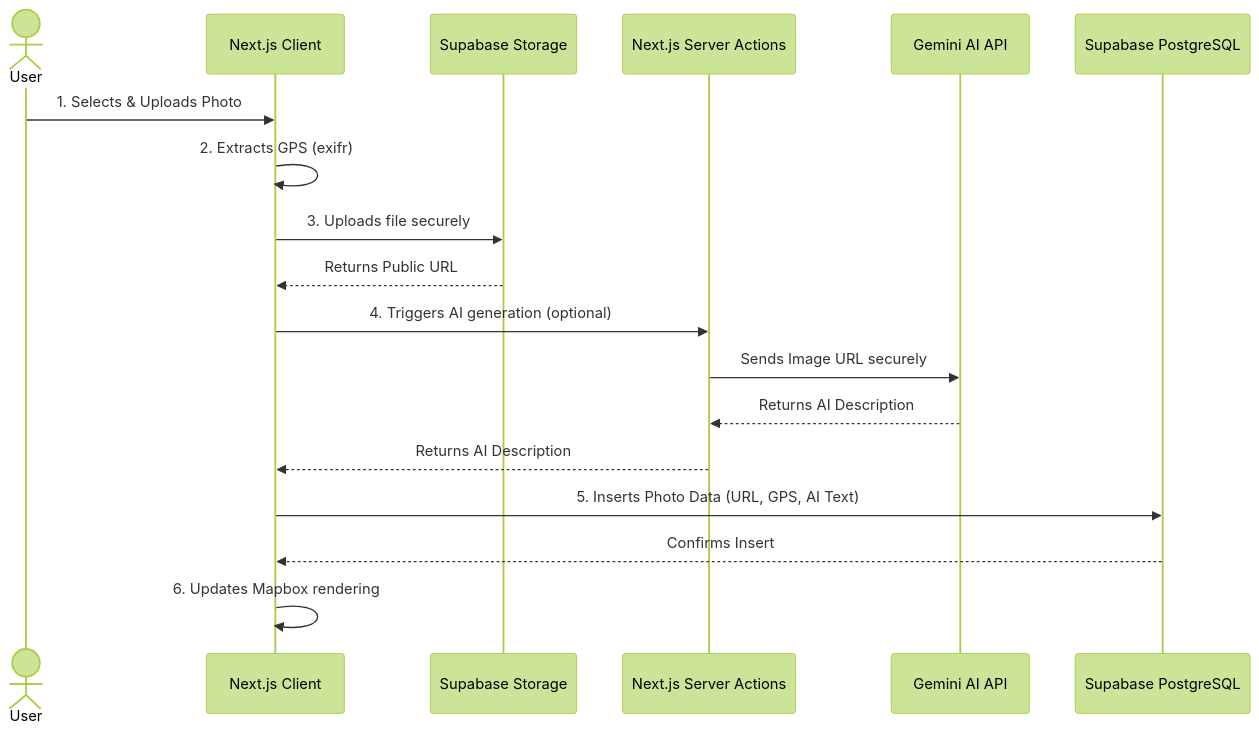
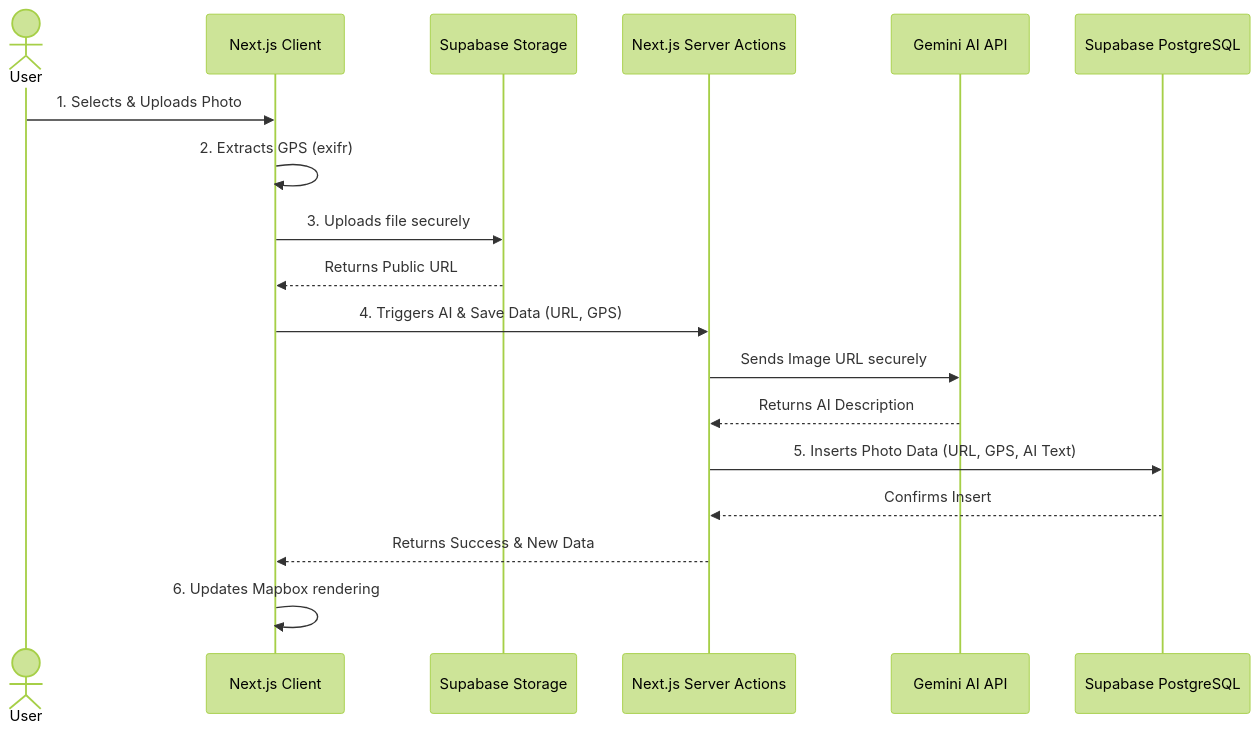
One commit to jaytakahashii/HyLight-Technical-Test changed the diagram in README.md. Above: the diagram before and after it, drawn with Mermaid (forest theme).

Commit message:
Update Readme (#12)
* doc: create README.md

* doc: update Architecture picture

* doc: delete unnecessary script

````diff
--- a/README.md
+++ b/README.md
@@ -19,21 +19,21 @@
 ```mermaid
 sequenceDiagram
     actor User
     participant Client as Next.js Client
     participant SupabaseStorage as Supabase Storage
     participant Server as Next.js Server Actions
     participant Gemini as Gemini AI API
     participant DB as Supabase PostgreSQL
 
     User->>Client: 1. Selects & Uploads Photo
     Client->>Client: 2. Extracts GPS (exifr)
     Client->>SupabaseStorage: 3. Uploads file securely
     SupabaseStorage-->>Client: Returns Public URL
-    Client->>Server: 4. Triggers AI generation (optional)
+    Client->>Server: 4. Triggers AI & Save Data (URL, GPS)
     Server->>Gemini: Sends Image URL securely
     Gemini-->>Server: Returns AI Description
-    Server-->>Client: Returns AI Description
-    Client->>DB: 5. Inserts Photo Data (URL, GPS, AI Text)
-    DB-->>Client: Confirms Insert
+    Server->>DB: 5. Inserts Photo Data (URL, GPS, AI Text)
+    DB-->>Server: Confirms Insert
+    Server-->>Client: Returns Success & New Data
     Client->>Client: 6. Updates Mapbox rendering
 ```
````
